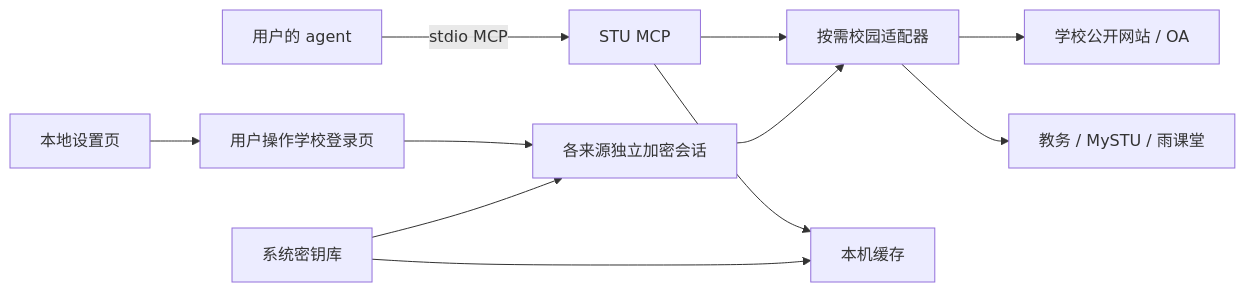
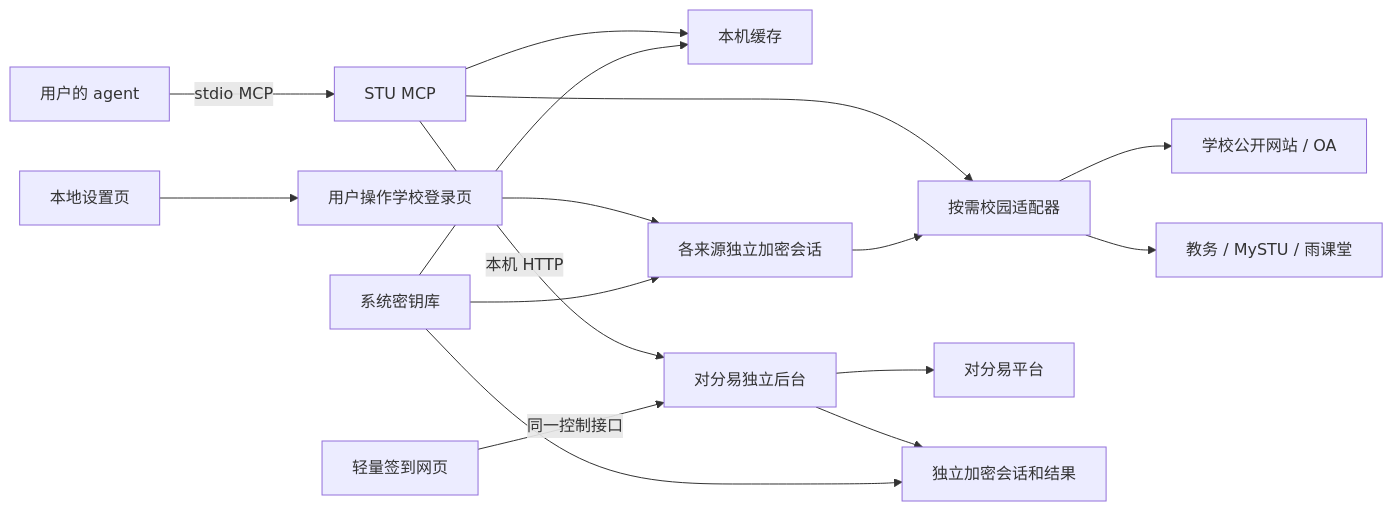
The diagram in docs/architecture.md (0error0warning/stu-mcp), drawn with Mermaid before and after one commit. The commit also changed other lines of this file and 10 other files, not shown here.

````diff
--- a/docs/architecture.md
+++ b/docs/architecture.md
@@ -7,13 +7,18 @@
 ```mermaid
 flowchart LR
     A[用户的 agent] -->|stdio MCP| B[STU MCP]
     B --> C[按需校园适配器]
     C --> D[学校公开网站 / OA]
     C --> E[教务 / MySTU / 雨课堂]
     B --> F[本机缓存]
     G[本地设置页] --> H[用户操作学校登录页]
     H --> I[各来源独立加密会话]
     I --> C
     J[系统密钥库] --> I
     J --> F
+    B -->|本机 HTTP| K[对分易独立后台]
+    L[轻量签到网页] -->|同一控制接口| K
+    K --> M[对分易平台]
+    K --> N[独立加密会话和结果]
+    J --> N
 ```
````
